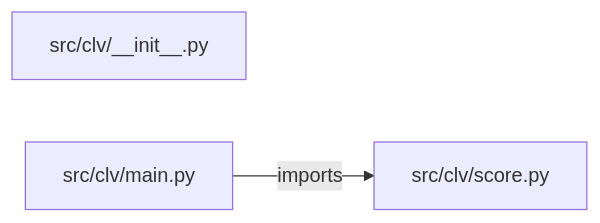
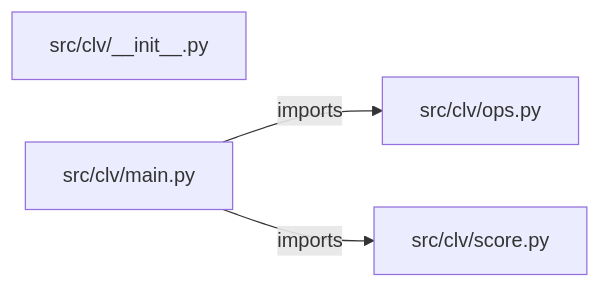
Before and after one commit to iarsingh/customer-lifetime-value-predictor: the diagram in PROJECT_ARCHITECTURE.md, drawn with Mermaid. The commit also changed other lines of this file and 2 other files, not shown here.

Commit message:
Refresh architecture and interview guides from current implementation

````diff
--- a/PROJECT_ARCHITECTURE.md
+++ b/PROJECT_ARCHITECTURE.md
@@ -13,7 +13,9 @@
 ```mermaid
 flowchart LR
     M0["src/clv/__init__.py"]
     M1["src/clv/main.py"]
-    M2["src/clv/score.py"]
+    M2["src/clv/ops.py"]
+    M3["src/clv/score.py"]
     M1 -->|imports| M2
+    M1 -->|imports| M3
 ```
````
